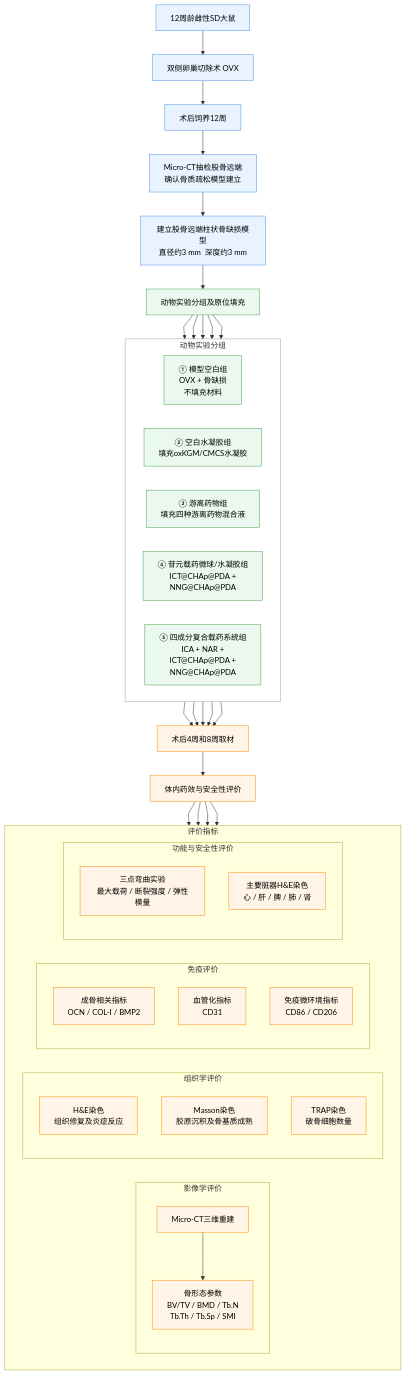
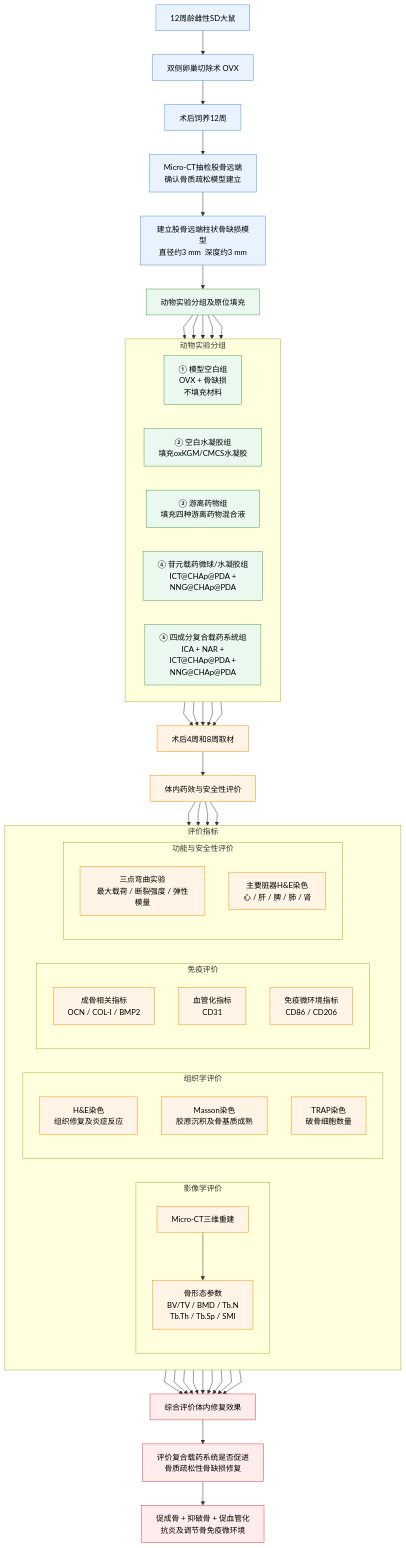
One commit to Yaotian99/iodraw-files changed the diagram in all/未命名-3.md. Above: the diagram before and after it, drawn with Mermaid.

Commit message:
2026-06-24 10:39:51 update

````diff
--- a/all/未命名-3.md
+++ b/all/未命名-3.md
@@ -16,7 +16,7 @@
 G4[④ 苷元载药微球/水凝胶组<br/>ICT@CHAp@PDA +<br/>NNG@CHAp@PDA]
 G5[⑤ 四成分复合载药系统组<br/>ICA + NAR +<br/>ICT@CHAp@PDA +<br/>NNG@CHAp@PDA]
 end
-style GROUP fill:transparent,stroke:#999,stroke-width:1px
+
 F --> G1
 F --> G2
 F --> G3
@@ -40,34 +40,46 @@
 I2[骨形态参数<br/>BV/TV / BMD / Tb.N<br/>Tb.Th / Tb.Sp / SMI]
 I1 --> I2
 end
-style GROUP fill:transparent,stroke:#999,stroke-width:1px
+
 subgraph E2[组织学评价]
 direction TB
 J1[H&E染色<br/>组织修复及炎症反应]
 J2[Masson染色<br/>胶原沉积及骨基质成熟]
 J3[TRAP染色<br/>破骨细胞数量]
 end
-style GROUP fill:transparent,stroke:#999,stroke-width:1px
+
 subgraph E3[免疫评价]
 direction TB
 K1[成骨相关指标<br/>OCN / COL-I / BMP2]
 K2[血管化指标<br/>CD31]
 K3[免疫微环境指标<br/>CD86 / CD206]
 end
-style GROUP fill:transparent,stroke:#999,stroke-width:1px
+
 subgraph E4[功能与安全性评价]
 direction TB
 L1[三点弯曲实验<br/>最大载荷 / 断裂强度 / 弹性模量]
 L2[主要脏器H&E染色<br/>心 / 肝 / 脾 / 肺 / 肾]
 end
-style GROUP fill:transparent,stroke:#999,stroke-width:1px
+
 end
-style GROUP fill:transparent,stroke:#999,stroke-width:1px
+
 I --> I1
 I --> J1
 I --> K1
 I --> L1
 
+I2 --> M[综合评价体内修复效果]
+J1 --> M
+J2 --> M
+J3 --> M
+K1 --> M
+K2 --> M
+K3 --> M
+L1 --> M
+L2 --> M
+
+M --> N[评价复合载药系统是否促进<br/>骨质疏松性骨缺损修复]
+N --> O[促成骨 + 抑破骨 + 促血管化<br/>抗炎及调节骨免疫微环境]
 
 classDef model fill:#E8F3FF,stroke:#4A90E2,stroke-width:1px,color:#000;
 classDef group fill:#EAF8EF,stroke:#43A047,stroke-width:1px,color:#000;
@@ -78,7 +90,5 @@
 class F,G1,G2,G3,G4,G5 group;
 class H,I,I1,I2,J1,J2,J3,K1,K2,K3,L1,L2 assay;
 class M,N,O result;
-
-style GROUP fill:transparent,stroke:#999,stroke-width:1px
-style GROUP fill:transparent,stroke:#999,stroke-width:1px
+  
 ```
````
